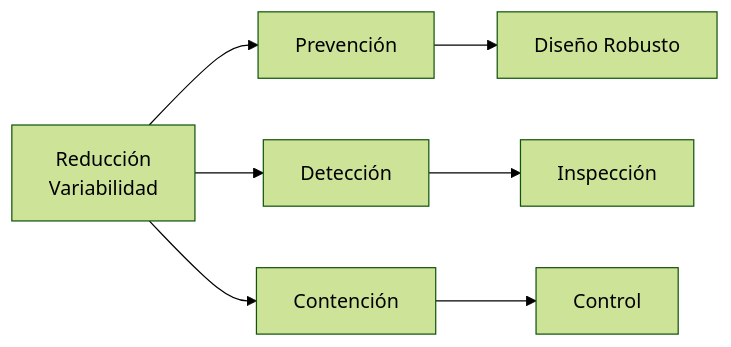
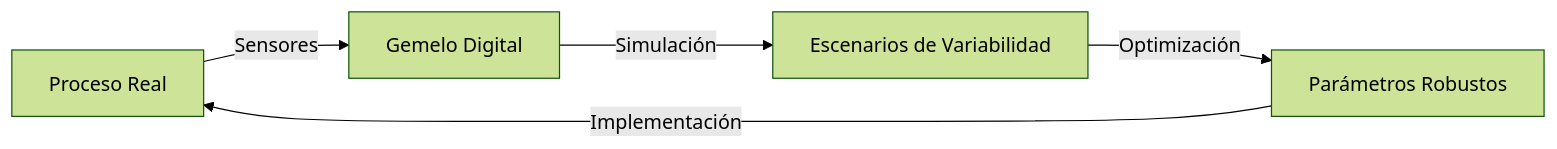
The third of 3 diagrams in public/content/clases/10-resumen-variabilidad-2025.05.15.md (FCamaggi/gop-wiki), drawn with Mermaid (forest theme) before and after one commit. The commit also changed other lines of this file and 36 other files, not shown here.

````diff
--- a/public/content/clases/10-resumen-variabilidad-2025.05.15.md
+++ b/public/content/clases/10-resumen-variabilidad-2025.05.15.md
@@ -49,9 +156,7 @@
 ```mermaid
 graph LR
-    A[Reducción<br/>Variabilidad] --> B[Prevención]
-    A --> C[Detección]
-    A --> D[Contención]
-    B --> E[Diseño Robusto]
-    C --> F[Inspección]
-    D --> G[Control]
+    A[Proceso Real] -->|Sensores| B[Gemelo Digital]
+    B -->|Simulación| C[Escenarios de Variabilidad]
+    C -->|Optimización| D[Parámetros Robustos]
+    D -->|Implementación| A
 ```
````
